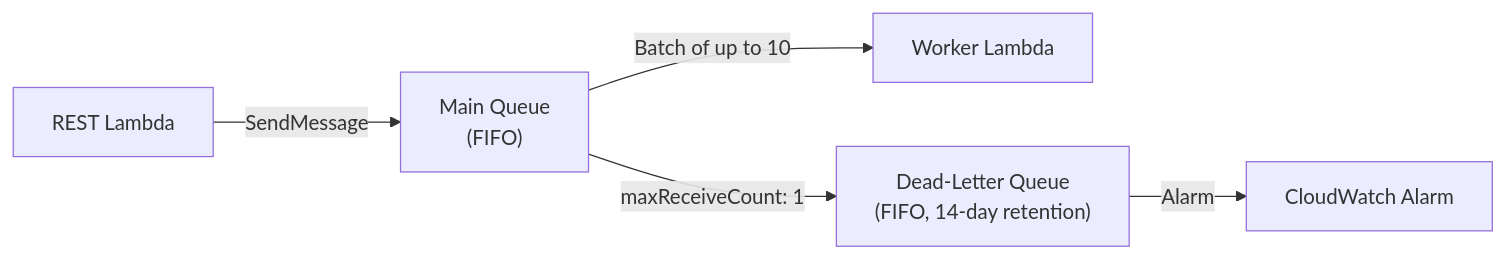
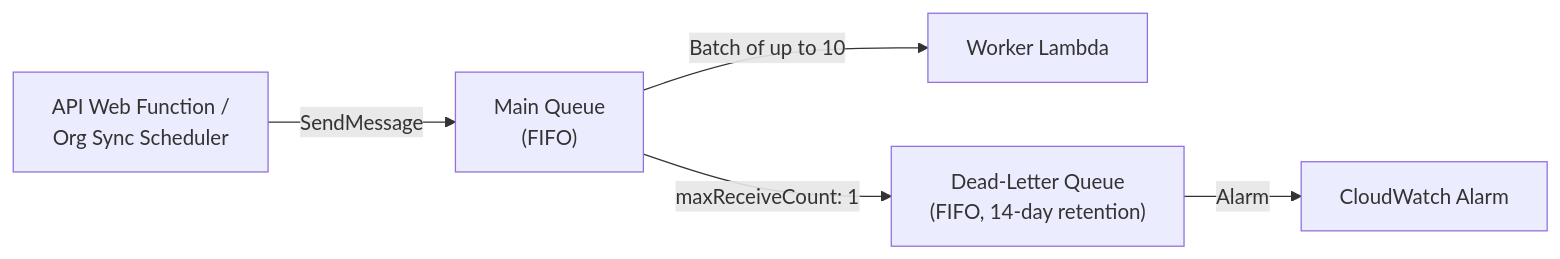
Before and after one commit to Mi3-14159/GitGazer: the second of 3 diagrams in apps/docs/docs/technical/webhook-pipeline.md, drawn with Mermaid. The commit also changed other lines of this file and 27 other files, not shown here.

````diff
--- a/apps/docs/docs/technical/webhook-pipeline.md
+++ b/apps/docs/docs/technical/webhook-pipeline.md
@@ -71,7 +71,7 @@
 ```mermaid
 graph LR
-    REST["REST Lambda"] -- "SendMessage" --> MAIN["Main Queue<br/>(FIFO)"]
+    REST["API Web Function /<br/>Org Sync Scheduler"] -- "SendMessage" --> MAIN["Main Queue<br/>(FIFO)"]
     MAIN -- "Batch of up to 10" --> WORKER["Worker Lambda"]
     MAIN -- "maxReceiveCount: 1" --> DLQ["Dead-Letter Queue<br/>(FIFO, 14-day retention)"]
     DLQ -- "Alarm" --> CW["CloudWatch Alarm"]
 ```
````
